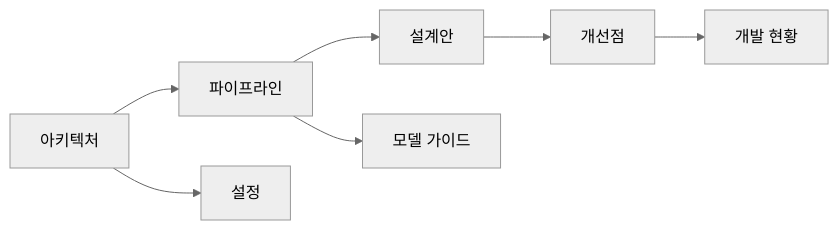
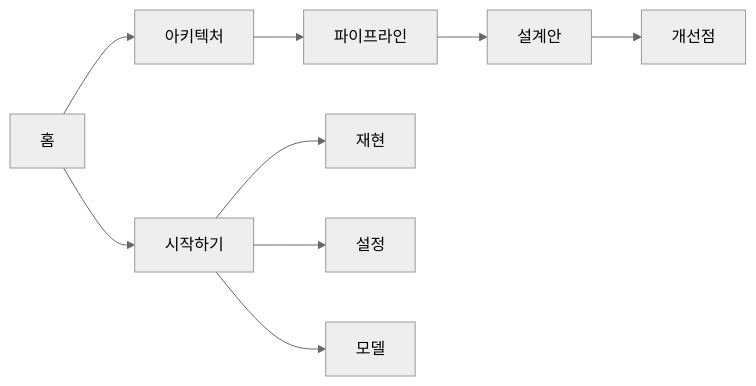
Before and after one commit to NAMUORI00/display-share: the diagram in pages/home.md, drawn with Mermaid (neutral theme). The commit also changed other lines of this file and 25 other files, not shown here.

First line of the commit message:
docs(wiki): complete pages for current privacy/DXGI architecture

````diff
--- a/pages/home.md
+++ b/pages/home.md
@@ -16,9 +32,11 @@
 ```mermaid
 flowchart LR
-  A[아키텍처] --> P[파이프라인]
+  H[홈] --> A[아키텍처]
+  A --> P[파이프라인]
   P --> D[설계안]
   D --> I[개선점]
-  I --> S[개발 현황]
-  A --> C[설정]
-  P --> M[모델 가이드]
+  H --> S[시작하기]
+  S --> R[재현]
+  S --> C[설정]
+  S --> M[모델]
 ```
````
